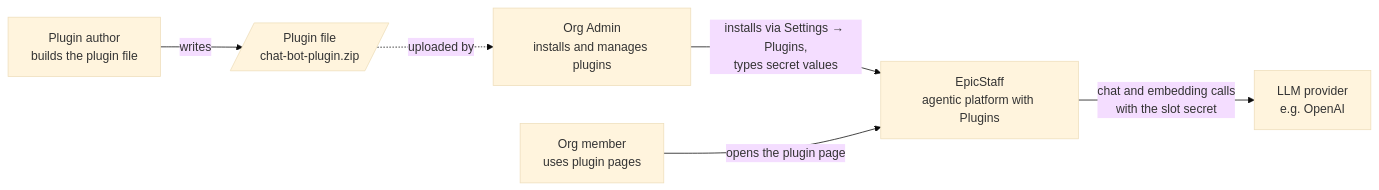
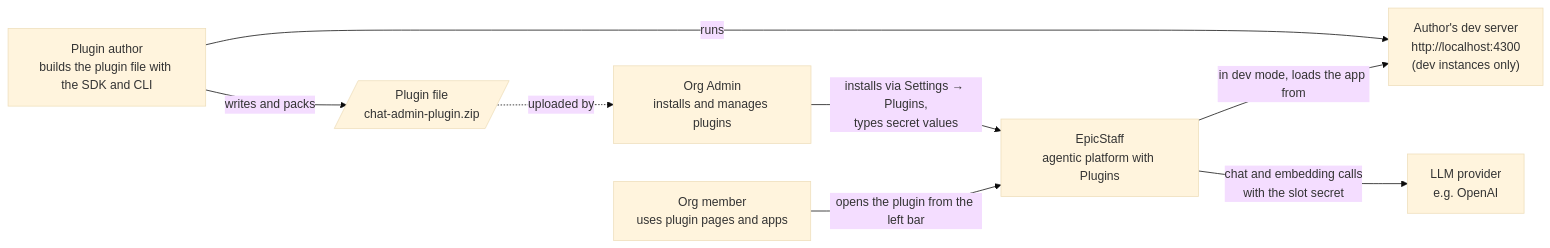
One commit to EpicStaff/EpicStaff changed the first of 4 diagrams in docs/proto/plugins/plugins-architecture.md. Above: the diagram before and after it, drawn with Mermaid (base theme). The commit also changed other lines of this file and 12 other files, not shown here.

Commit message:
chore(proto): plugins — docs: concept baseline (plugin apps, bridge v2, author tooling, code map)

````diff
--- a/docs/proto/plugins/plugins-architecture.md
+++ b/docs/proto/plugins/plugins-architecture.md
@@ -43,15 +49,18 @@
 ```mermaid
 flowchart LR
-  author["Plugin author<br/>builds the plugin file"]
-  file[/"Plugin file<br/>chat-bot-plugin.zip"/]
+  author["Plugin author<br/>builds the plugin file with the SDK and CLI"]
+  file[/"Plugin file<br/>chat-admin-plugin.zip"/]
+  devserver["Author's dev server<br/>http://localhost:4300<br/>(dev instances only)"]
   admin["Org Admin<br/>installs and manages plugins"]
-  member["Org member<br/>uses plugin pages"]
+  member["Org member<br/>uses plugin pages and apps"]
   epic["EpicStaff<br/>agentic platform with Plugins"]
   llm["LLM provider<br/>e.g. OpenAI"]
 
-  author -->|"writes"| file
+  author -->|"writes and packs"| file
+  author -->|"runs"| devserver
   file -.->|"uploaded by"| admin
   admin -->|"installs via Settings → Plugins,<br/>types secret values"| epic
-  member -->|"opens the plugin page"| epic
+  member -->|"opens the plugin from the left bar"| epic
+  epic -->|"in dev mode, loads the app from"| devserver
   epic -->|"chat and embedding calls<br/>with the slot secret"| llm
 ```
````
